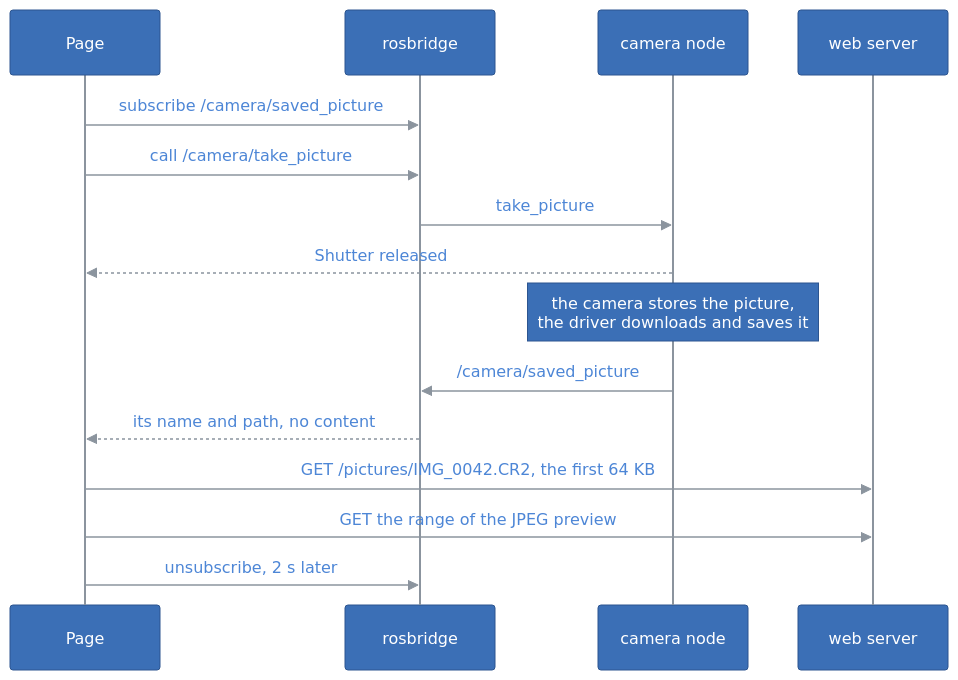
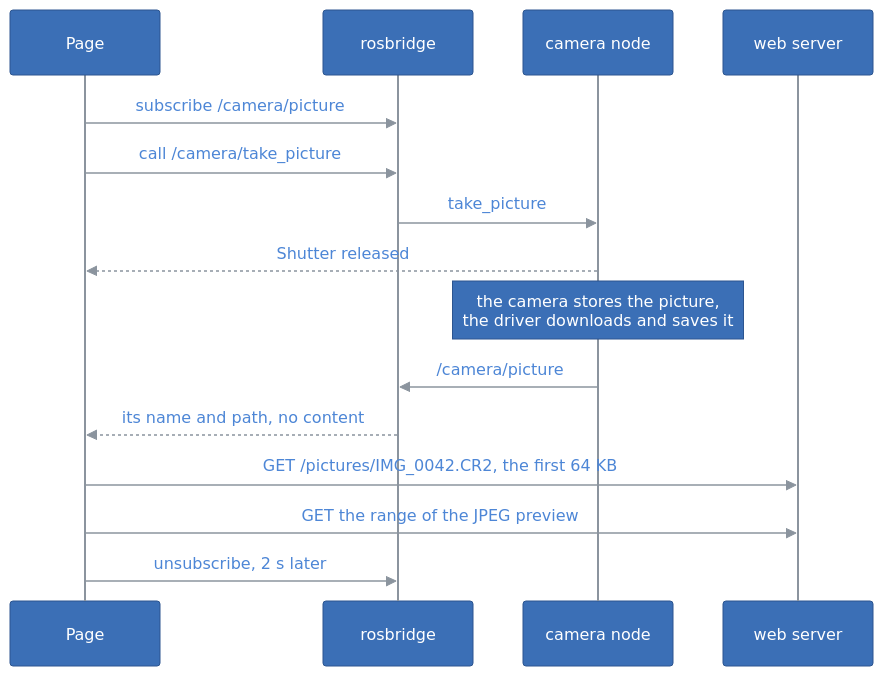
Before and after one commit to kineticsystem/stepit-camera: the second of 2 diagrams in docs/WEB_PAGE.md, drawn with Mermaid. The commit also changed other lines of this file and 11 other files, not shown here.

````diff
--- a/docs/WEB_PAGE.md
+++ b/docs/WEB_PAGE.md
@@ -120,47 +120,47 @@
 ```mermaid
 ---
 config:
   theme: base
   themeVariables:
     primaryColor: "#3b6fb6"
     primaryTextColor: "#ffffff"
     primaryBorderColor: "#2c5590"
     lineColor: "#8b949e"
     textColor: "#4d86d6"
     actorBkg: "#3b6fb6"
     actorBorder: "#2c5590"
     actorTextColor: "#ffffff"
     actorLineColor: "#8b949e"
     signalColor: "#8b949e"
     signalTextColor: "#4d86d6"
     noteBkgColor: "#3b6fb6"
     noteTextColor: "#ffffff"
     noteBorderColor: "#2c5590"
     secondaryColor: "#3b6fb6"
     tertiaryColor: "#3b6fb6"
     clusterBkg: "transparent"
     clusterBorder: "#8b949e"
     titleColor: "#4d86d6"
     edgeLabelBackground: "#3b6fb6"
     classText: "#ffffff"
     labelBoxBkgColor: "#3b6fb6"
     labelBoxBorderColor: "#2c5590"
     labelTextColor: "#ffffff"
     loopTextColor: "#4d86d6"
 ---
 sequenceDiagram
     participant UI as Page
     participant Bridge as rosbridge
     participant Node as camera node
     participant Web as web server
-    UI->>Bridge: subscribe /camera/saved_picture
+    UI->>Bridge: subscribe /camera/picture
     UI->>Bridge: call /camera/take_picture
     Bridge->>Node: take_picture
     Node-->>UI: Shutter released
     Note over Node: the camera stores the picture,<br/>the driver downloads and saves it
-    Node->>Bridge: /camera/saved_picture
+    Node->>Bridge: /camera/picture
     Bridge-->>UI: its name and path, no content
     UI->>Web: GET /pictures/IMG_0042.CR2, the first 64 KB
     UI->>Web: GET the range of the JPEG preview
     UI->>Bridge: unsubscribe, 2 s later
 ```
````
